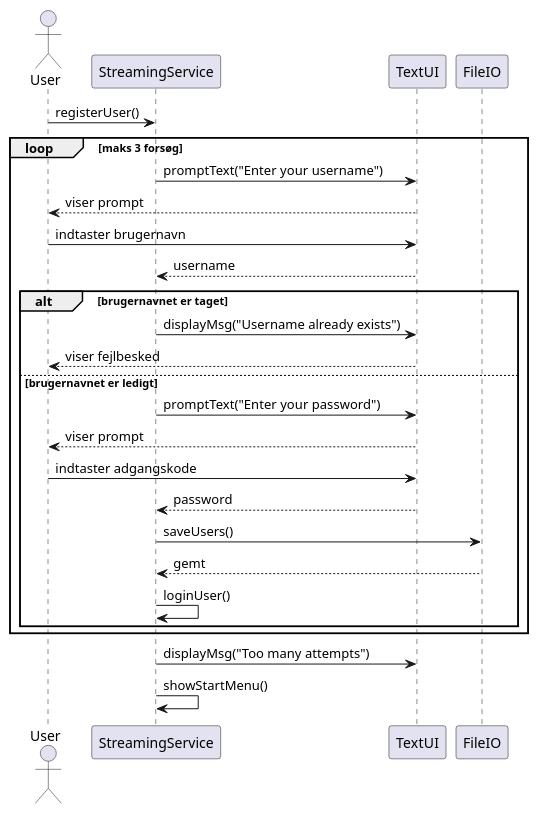
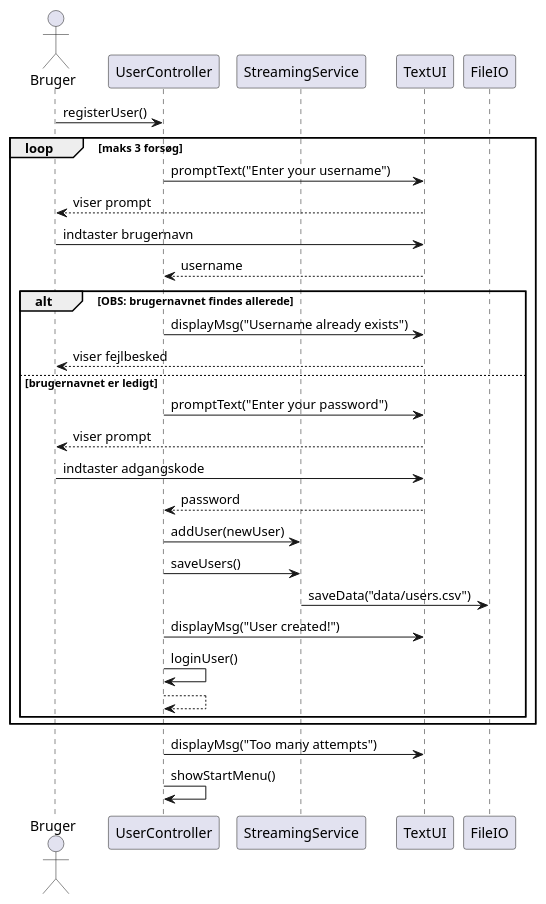
The diagram in doc/dynamic/UC2 - seqeuncediagram.puml (BesimaP/SP3---Streaming---Tjeneste), drawn with PlantUML before and after one commit. The commit also changed 4 other files, not shown here.

Commit message:
sekvensdiagrammer done

```diff
--- a/doc/dynamic/UC2 - seqeuncediagram.puml
+++ b/doc/dynamic/UC2 - seqeuncediagram.puml
@@ -1,35 +1,40 @@
 @startuml
-!pragma layout smetana
-actor User
+
+actor Bruger
+
+participant UserController
 participant StreamingService
 participant TextUI
 participant FileIO
 
-User -> StreamingService : registerUser()
+Bruger -> UserController : registerUser()
 
 loop maks 3 forsøg
-    StreamingService -> TextUI : promptText("Enter your username")
-    TextUI --> User : viser prompt
-    User -> TextUI : indtaster brugernavn
-    TextUI --> StreamingService : username
+    UserController -> TextUI : promptText("Enter your username")
+    TextUI --> Bruger : viser prompt
+    Bruger -> TextUI : indtaster brugernavn
+    TextUI --> UserController : username
 
-    alt brugernavnet er taget
-        StreamingService -> TextUI : displayMsg("Username already exists")
-        TextUI --> User : viser fejlbesked
+    alt OBS: brugernavnet findes allerede
+        UserController -> TextUI : displayMsg("Username already exists")
+        TextUI --> Bruger : viser fejlbesked
     else brugernavnet er ledigt
-        StreamingService -> TextUI : promptText("Enter your password")
-        TextUI --> User : viser prompt
-        User -> TextUI : indtaster adgangskode
-        TextUI --> StreamingService : password
+        UserController -> TextUI : promptText("Enter your password")
+        TextUI --> Bruger : viser prompt
+        Bruger -> TextUI : indtaster adgangskode
+        TextUI --> UserController : password
 
-        StreamingService -> FileIO : saveUsers()
-        FileIO --> StreamingService : gemt
+        UserController -> StreamingService : addUser(newUser)
+        UserController -> StreamingService : saveUsers()
+        StreamingService -> FileIO : saveData("data/users.csv")
 
-        StreamingService -> StreamingService : loginUser()
+        UserController -> TextUI : displayMsg("User created!")
+        UserController -> UserController : loginUser()
+        return
     end
 end
 
-StreamingService -> TextUI : displayMsg("Too many attempts")
-StreamingService -> StreamingService : showStartMenu()
+UserController -> TextUI : displayMsg("Too many attempts")
+UserController -> UserController : showStartMenu()
 
 @enduml
```
